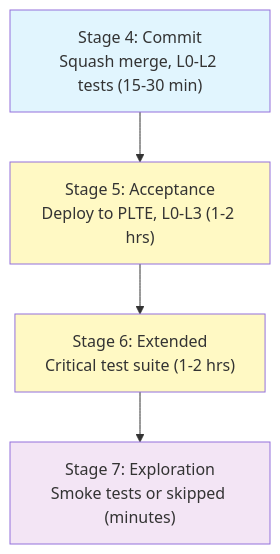
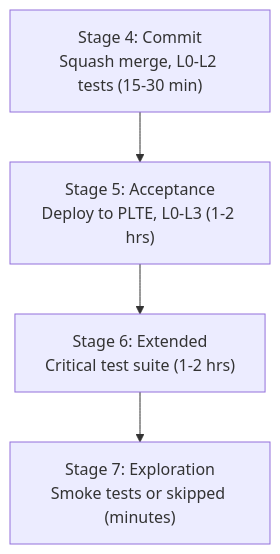
The sixth of 8 diagrams in docs/explanation/continuous-delivery/workflow/branching-strategies.md (ready-to-release/eac), drawn with Mermaid before and after one commit. The commit also changed other lines of this file and 28 other files, not shown here.

````diff
--- a/docs/explanation/continuous-delivery/workflow/branching-strategies.md
+++ b/docs/explanation/continuous-delivery/workflow/branching-strategies.md
@@ -316,12 +295,8 @@
 ```mermaid
 flowchart TD
     S4["Stage 4: Commit<br/>Squash merge, L0-L2 tests (15-30 min)"]
     S5["Stage 5: Acceptance<br/>Deploy to PLTE, L0-L3 (1-2 hrs)"]
     S6["Stage 6: Extended<br/>Critical test suite (1-2 hrs)"]
     S7["Stage 7: Exploration<br/>Smoke tests or skipped (minutes)"]
     S4 --> S5 --> S6 --> S7
-    style S4 fill:#e1f5fe
-    style S5 fill:#fff9c4
-    style S6 fill:#fff9c4
-    style S7 fill:#f3e5f5
 ```
````
